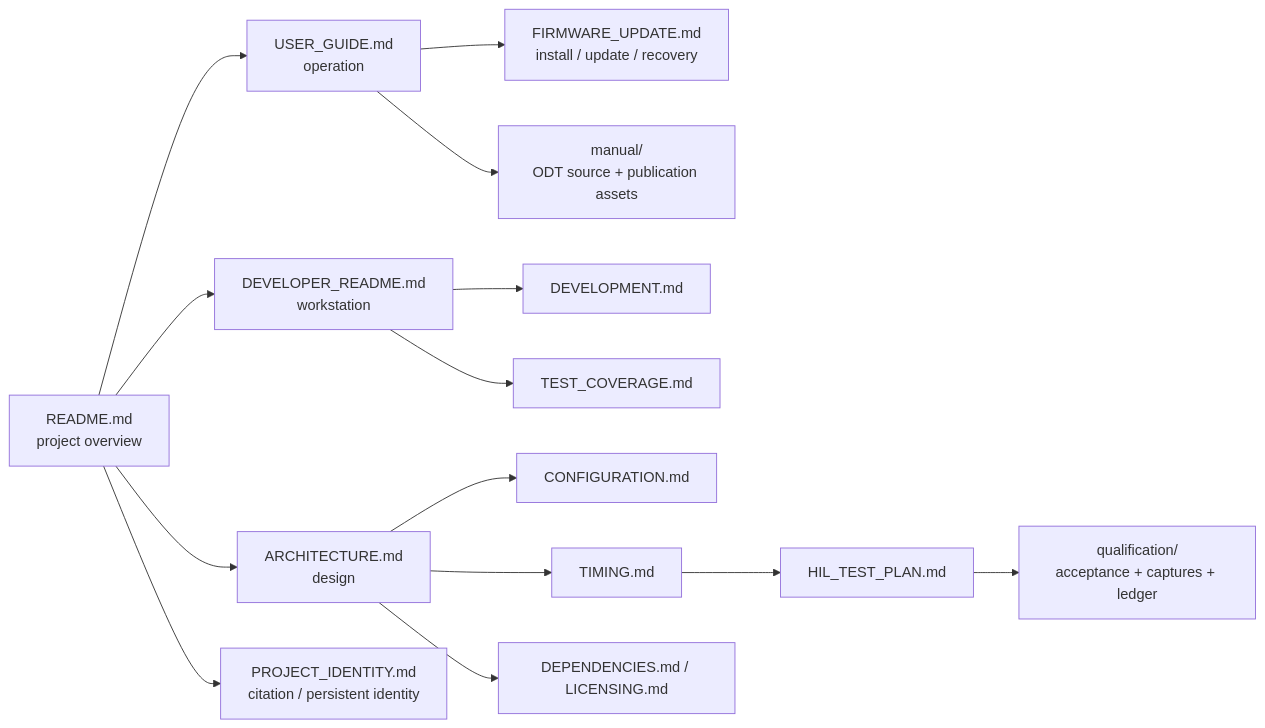
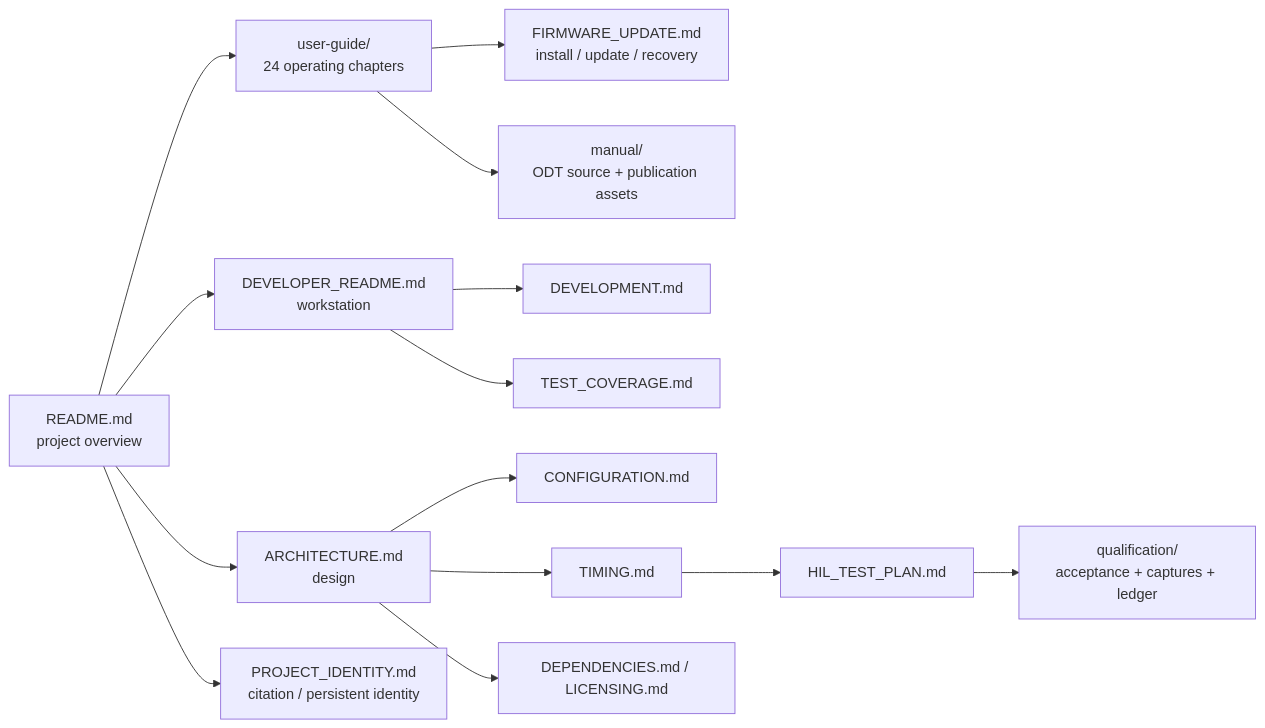
Before and after one commit to napolitano/eurorack-clock-firmware: the diagram in docs/README.md, drawn with Mermaid. The commit also changed other lines of this file and 40 other files, not shown here.

````diff
--- a/docs/README.md
+++ b/docs/README.md
@@ -34,16 +34,16 @@
 ```mermaid
 flowchart LR
-    Root[README.md\nproject overview] --> User[USER_GUIDE.md\noperation]
+    Root[README.md\nproject overview] --> User[user-guide/\n24 operating chapters]
     User --> Update[FIRMWARE_UPDATE.md\ninstall / update / recovery]
     Root --> Dev[DEVELOPER_README.md\nworkstation]
     Root --> Arch[ARCHITECTURE.md\ndesign]
     User --> Manual[manual/\nODT source + publication assets]
     Dev --> Workflow[DEVELOPMENT.md]
     Dev --> Tests[TEST_COVERAGE.md]
     Arch --> Config[CONFIGURATION.md]
     Arch --> Timing[TIMING.md]
     Timing --> HIL[HIL_TEST_PLAN.md]
     HIL --> Qual[qualification/<br/>acceptance + captures + ledger]
     Arch --> Deps[DEPENDENCIES.md / LICENSING.md]
     Root --> Identity[PROJECT_IDENTITY.md\ncitation / persistent identity]
 ```
````
